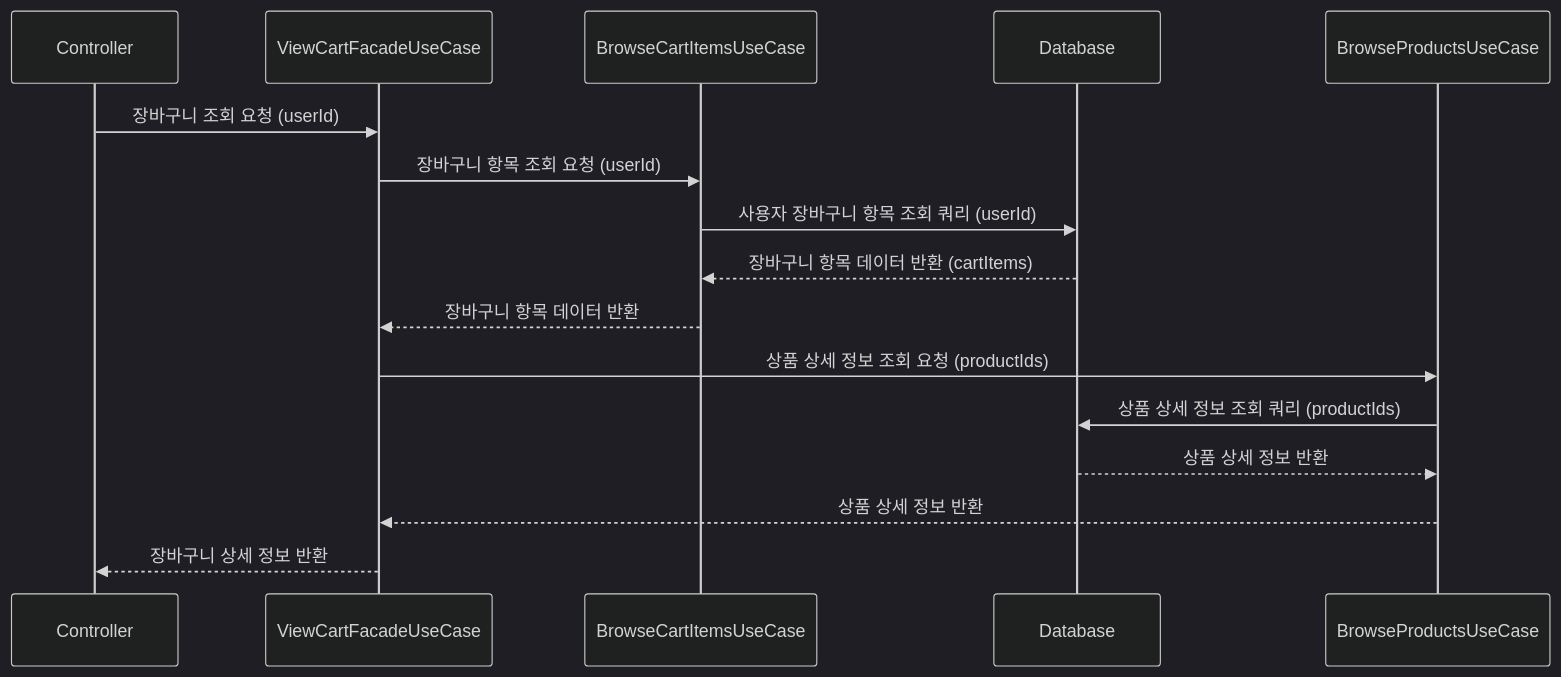
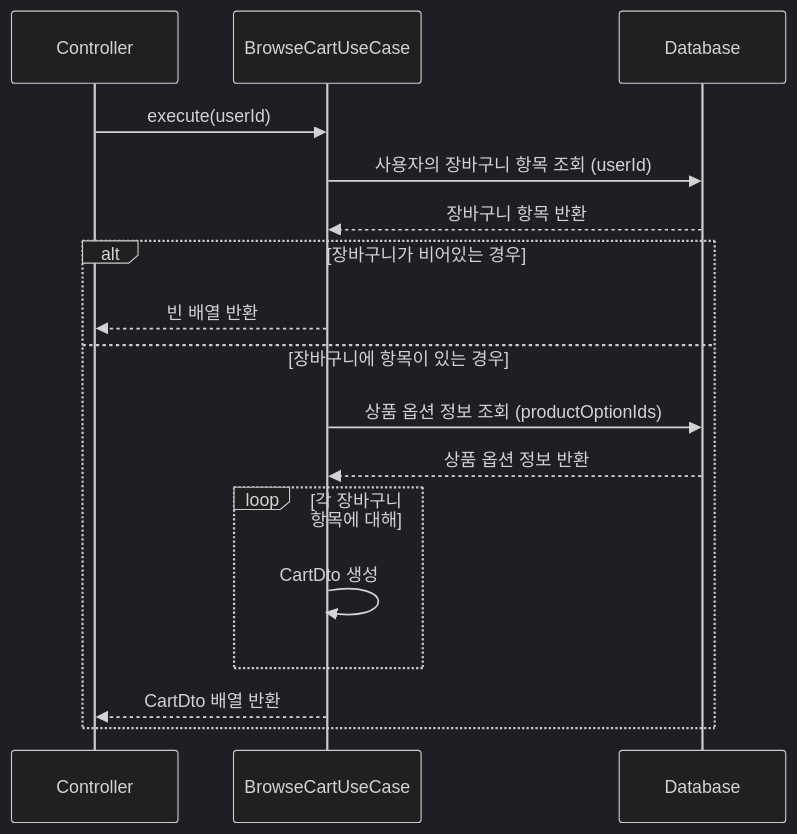
Before and after one commit to saint6839/hh-e-commerce: the tenth of 11 diagrams in README.md, drawn with Mermaid (dark theme). The commit also changed other lines of this file, not shown here.

Commit message:
docs: README.md 시퀀스 다이어그램 수정 사항 반영

````diff
--- a/README.md
+++ b/README.md
@@ -168,15 +153,16 @@
 ```mermaid
 sequenceDiagram
-  Controller ->> ViewCartFacadeUseCase: 장바구니 조회 요청 (userId)
-  ViewCartFacadeUseCase ->> BrowseCartItemsUseCase: 장바구니 항목 조회 요청 (userId)
-  BrowseCartItemsUseCase ->> Database: 사용자 장바구니 항목 조회 쿼리 (userId)
-  Database -->> BrowseCartItemsUseCase: 장바구니 항목 데이터 반환 (cartItems)
-  BrowseCartItemsUseCase -->> ViewCartFacadeUseCase: 장바구니 항목 데이터 반환
-
-  ViewCartFacadeUseCase ->> BrowseProductsUseCase: 상품 상세 정보 조회 요청 (productIds)
-  BrowseProductsUseCase ->> Database: 상품 상세 정보 조회 쿼리 (productIds)
-  Database -->> BrowseProductsUseCase: 상품 상세 정보 반환
-  BrowseProductsUseCase -->> ViewCartFacadeUseCase: 상품 상세 정보 반환
-
-  ViewCartFacadeUseCase -->> Controller: 장바구니 상세 정보 반환
+    Controller->>BrowseCartUseCase: execute(userId)
+    BrowseCartUseCase->>Database: 사용자의 장바구니 항목 조회 (userId)
+    Database-->>BrowseCartUseCase: 장바구니 항목 반환
+    alt 장바구니가 비어있는 경우
+        BrowseCartUseCase-->>Controller: 빈 배열 반환
+    else 장바구니에 항목이 있는 경우
+        BrowseCartUseCase->>Database: 상품 옵션 정보 조회 (productOptionIds)
+        Database-->>BrowseCartUseCase: 상품 옵션 정보 반환
+        loop 각 장바구니 항목에 대해
+            BrowseCartUseCase->>BrowseCartUseCase: CartDto 생성
+        end
+        BrowseCartUseCase-->>Controller: CartDto 배열 반환
+    end
 ```
````
